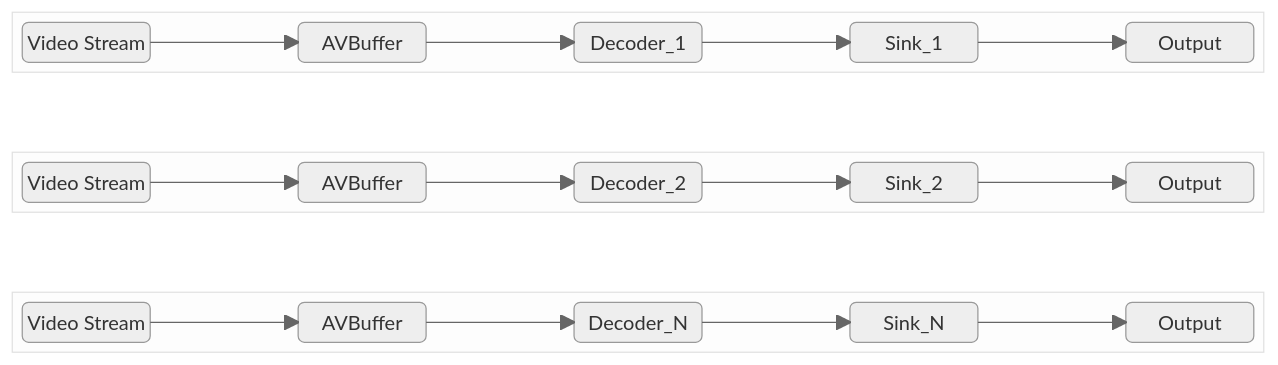
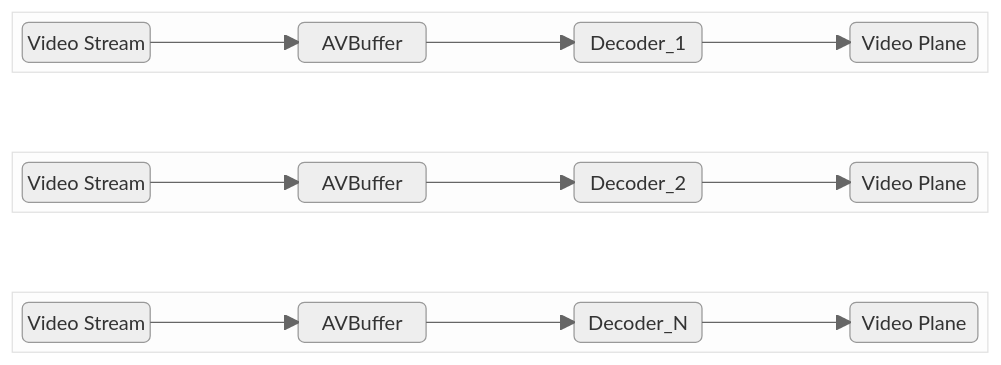
The fourth of 4 diagrams in docs/pages/videoSink_High-Level_TestSpecification.md (davidkoo-brcm/rdk-halif-aidl-test-videosink), drawn with Mermaid (neutral theme) before and after one commit. The commit also changed other lines of this file, not shown here.

First line of the commit message:
gh #26 Video Sink HLD update

````diff
--- a/docs/pages/videoSink_High-Level_TestSpecification.md
+++ b/docs/pages/videoSink_High-Level_TestSpecification.md
@@ -76,27 +115,24 @@
 ```mermaid
 block-beta
 columns 1
     block:1
-        VideoStream_1("Video Stream") space AVBuffer_1("AVBuffer") space Decoder_1("Decoder_1") space Sink_1("Sink_1") space Output_1("Output")
+        VideoStream_1("Video Stream") space AVBuffer_1("AVBuffer") space Decoder_1("Decoder_1") space Output_1("Video Plane")
         VideoStream_1 --> AVBuffer_1
         AVBuffer_1 --> Decoder_1
-        Decoder_1 --> Sink_1
-        Sink_1 --> Output_1
+        Decoder_1 --> Output_1
     end
     space
     block:2
-        VideoStream_2("Video Stream") space AVBuffer_2("AVBuffer") space Decoder_2("Decoder_2") space Sink_2("Sink_2") space Output_2("Output")
+        VideoStream_2("Video Stream") space AVBuffer_2("AVBuffer") space Decoder_2("Decoder_2") space Output_2("Video Plane")
         VideoStream_2 --> AVBuffer_2
         AVBuffer_2 --> Decoder_2
-        Decoder_2 --> Sink_2
-        Sink_2 --> Output_2
+        Decoder_2 --> Output_2
     end
     space
     block:N
-        VideoStream_N("Video Stream") space AVBuffer_N("AVBuffer") space Decoder_N("Decoder_N") space Sink_N("Sink_N") space Output_N("Output")
+        VideoStream_N("Video Stream") space AVBuffer_N("AVBuffer") space Decoder_N("Decoder_N") space Output_N("Video Plane")
         VideoStream_N --> AVBuffer_N
         AVBuffer_N --> Decoder_N
-        Decoder_N --> Sink_N
-        Sink_N --> Output_N
+        Decoder_N --> Output_N
     end
 ```
````
